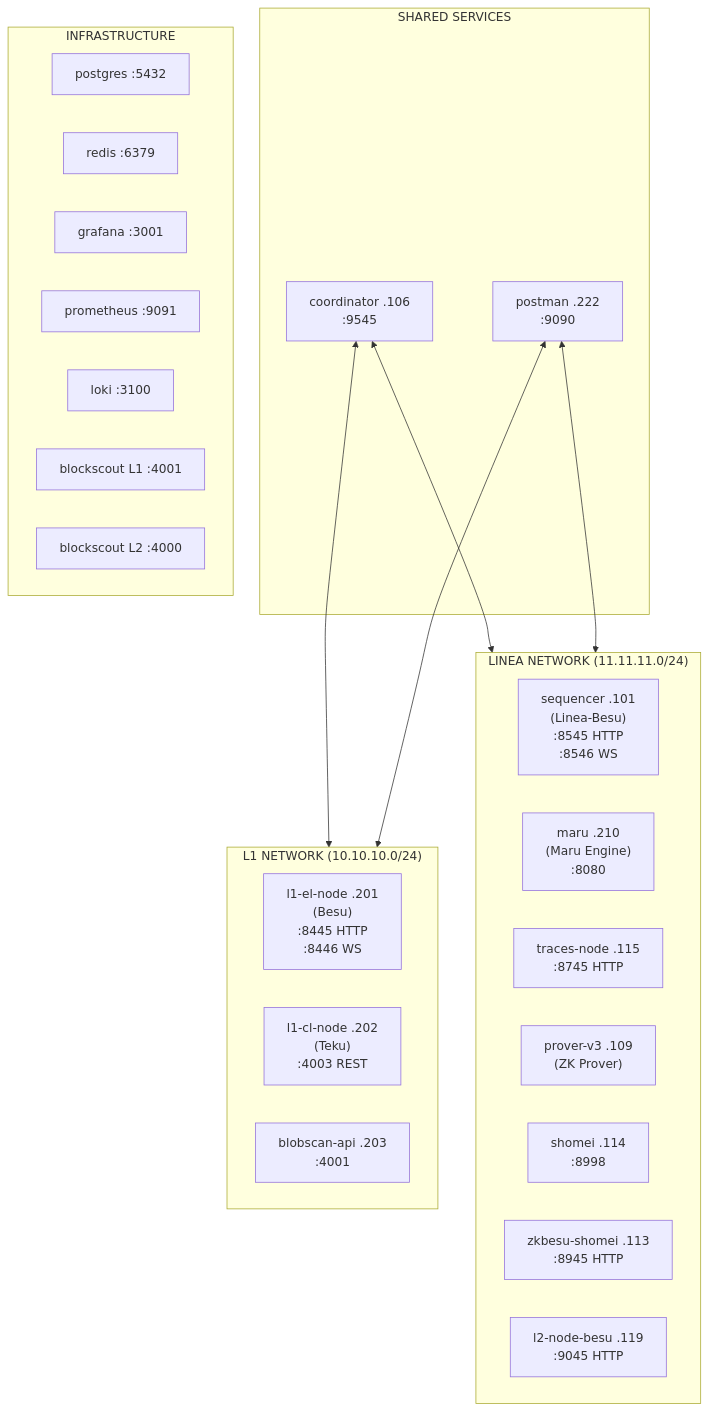
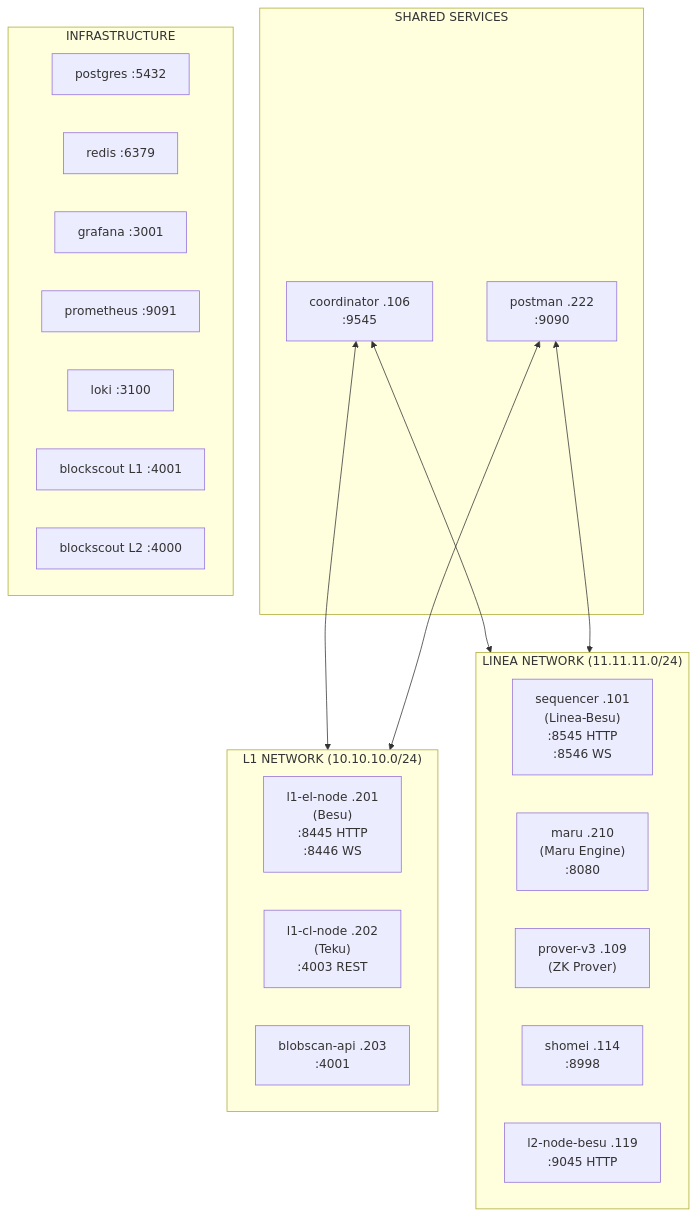
One commit to Consensys/linea-monorepo changed the diagram in docs/tech/diagrams/docker-network-topology.mmd. Above: the diagram before and after it, drawn with Mermaid. The commit also changed 8 other files, not shown here.

Commit message:
chore: remove traces-node and zkbesu-shomei related codes and change runner small to large for sequencer unit test

```diff
--- a/docs/tech/diagrams/docker-network-topology.mmd
+++ b/docs/tech/diagrams/docker-network-topology.mmd
@@ -1,37 +1,35 @@
 %% Docker Network Topology (Local Development)
 flowchart TB
     subgraph L1Network["L1 NETWORK (10.10.10.0/24)"]
         l1el["l1-el-node .201<br/>(Besu)<br/>:8445 HTTP<br/>:8446 WS"]
         l1cl["l1-cl-node .202<br/>(Teku)<br/>:4003 REST"]
         blobscan["blobscan-api .203<br/>:4001"]
     end
 
     subgraph LineaNetwork["LINEA NETWORK (11.11.11.0/24)"]
         sequencer["sequencer .101<br/>(Linea-Besu)<br/>:8545 HTTP<br/>:8546 WS"]
         maru["maru .210<br/>(Maru Engine)<br/>:8080"]
-        tracesnode["traces-node .115<br/>:8745 HTTP"]
         prover["prover-v3 .109<br/>(ZK Prover)"]
         shomei["shomei .114<br/>:8998"]
-        zkbesu["zkbesu-shomei .113<br/>:8945 HTTP"]
         l2node["l2-node-besu .119<br/>:9045 HTTP"]
     end
 
     subgraph Shared["SHARED SERVICES"]
         coord["coordinator .106<br/>:9545"]
         postman["postman .222<br/>:9090"]
     end
 
     subgraph Services["INFRASTRUCTURE"]
         postgres["postgres :5432"]
         redis["redis :6379"]
         grafana["grafana :3001"]
         prometheus["prometheus :9091"]
         loki["loki :3100"]
         blockscoutL1["blockscout L1 :4001"]
         blockscoutL2["blockscout L2 :4000"]
     end
 
     coord <--> L1Network
     coord <--> LineaNetwork
     postman <--> L1Network
     postman <--> LineaNetwork
```
